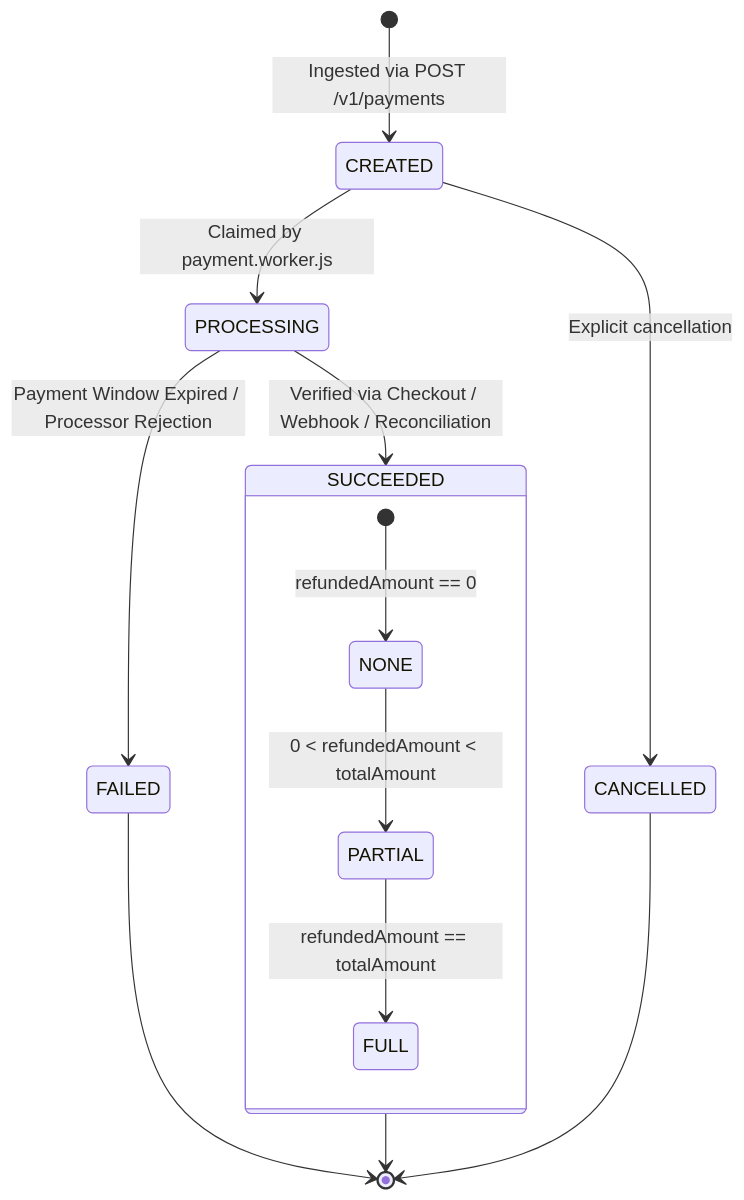
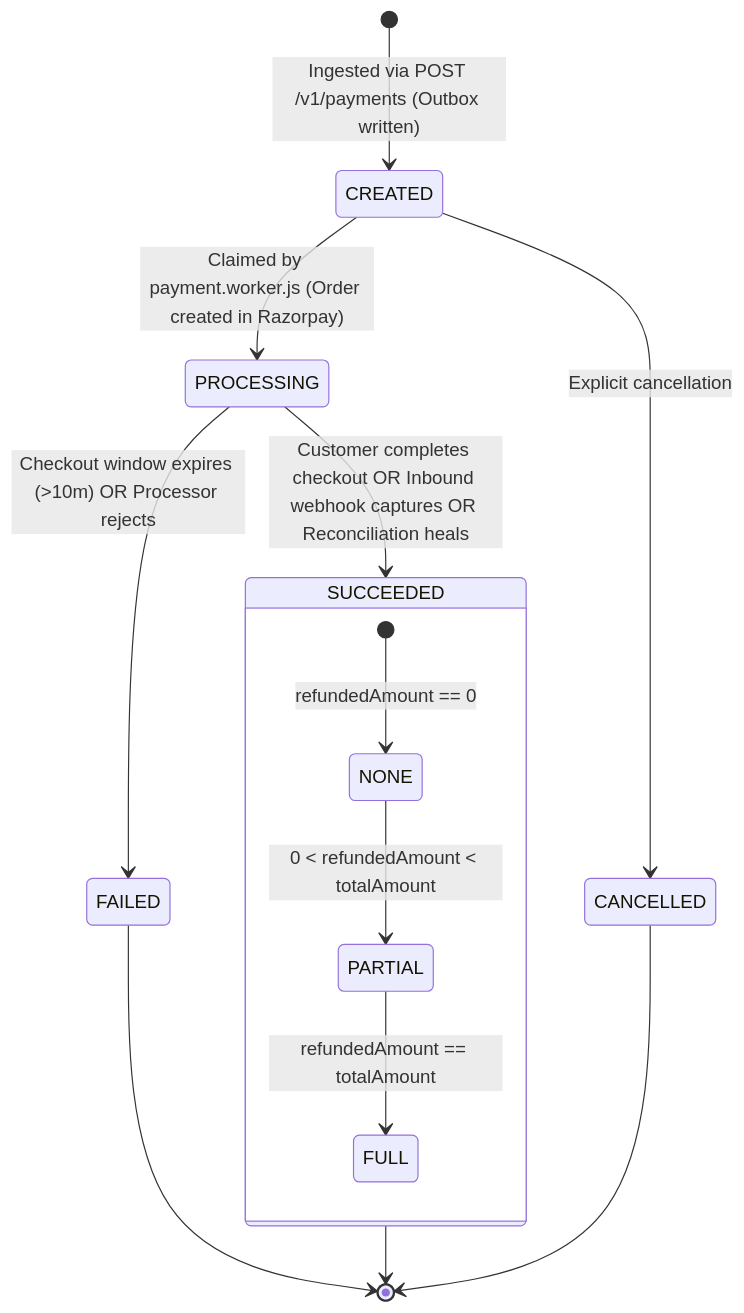
The ninth of 10 diagrams in ARCHITECTURE.md (buildwithrishabh/Event-Driven-Payment-Gateway), drawn with Mermaid before and after one commit. The commit also changed other lines of this file and 3 other files, not shown here.

Commit message:
docs & devops: recreate architecture and readme docs, add docker setup

````diff
--- a/ARCHITECTURE.md
+++ b/ARCHITECTURE.md
@@ -650,17 +621,17 @@
 ```mermaid
 stateDiagram-v2
-    [*] --> CREATED: Ingested via POST /v1/payments
-    CREATED --> PROCESSING: Claimed by payment.worker.js
-    PROCESSING --> SUCCEEDED: Verified via Checkout / Webhook / Reconciliation
-    PROCESSING --> FAILED: Payment Window Expired / Processor Rejection
+    [*] --> CREATED: Ingested via POST /v1/payments (Outbox written)
+    CREATED --> PROCESSING: Claimed by payment.worker.js (Order created in Razorpay)
+    PROCESSING --> SUCCEEDED: Customer completes checkout OR Inbound webhook captures OR Reconciliation heals
+    PROCESSING --> FAILED: Checkout window expires (>10m) OR Processor rejects
     CREATED --> CANCELLED: Explicit cancellation
     SUCCEEDED --> [*]
     FAILED --> [*]
     CANCELLED --> [*]
 
     state SUCCEEDED {
         [*] --> NONE: refundedAmount == 0
         NONE --> PARTIAL: 0 < refundedAmount < totalAmount
         PARTIAL --> FULL: refundedAmount == totalAmount
     }
 ```
````
